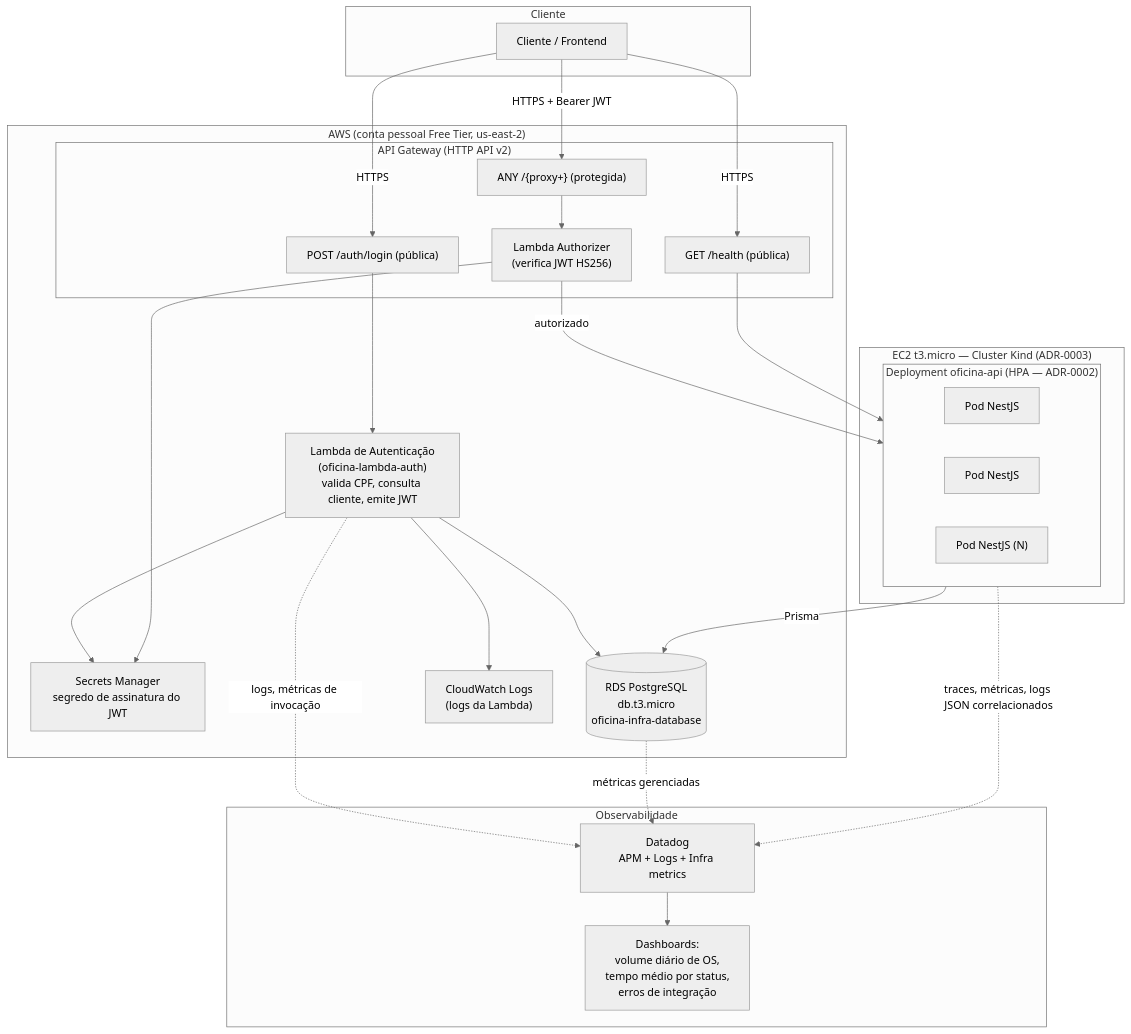
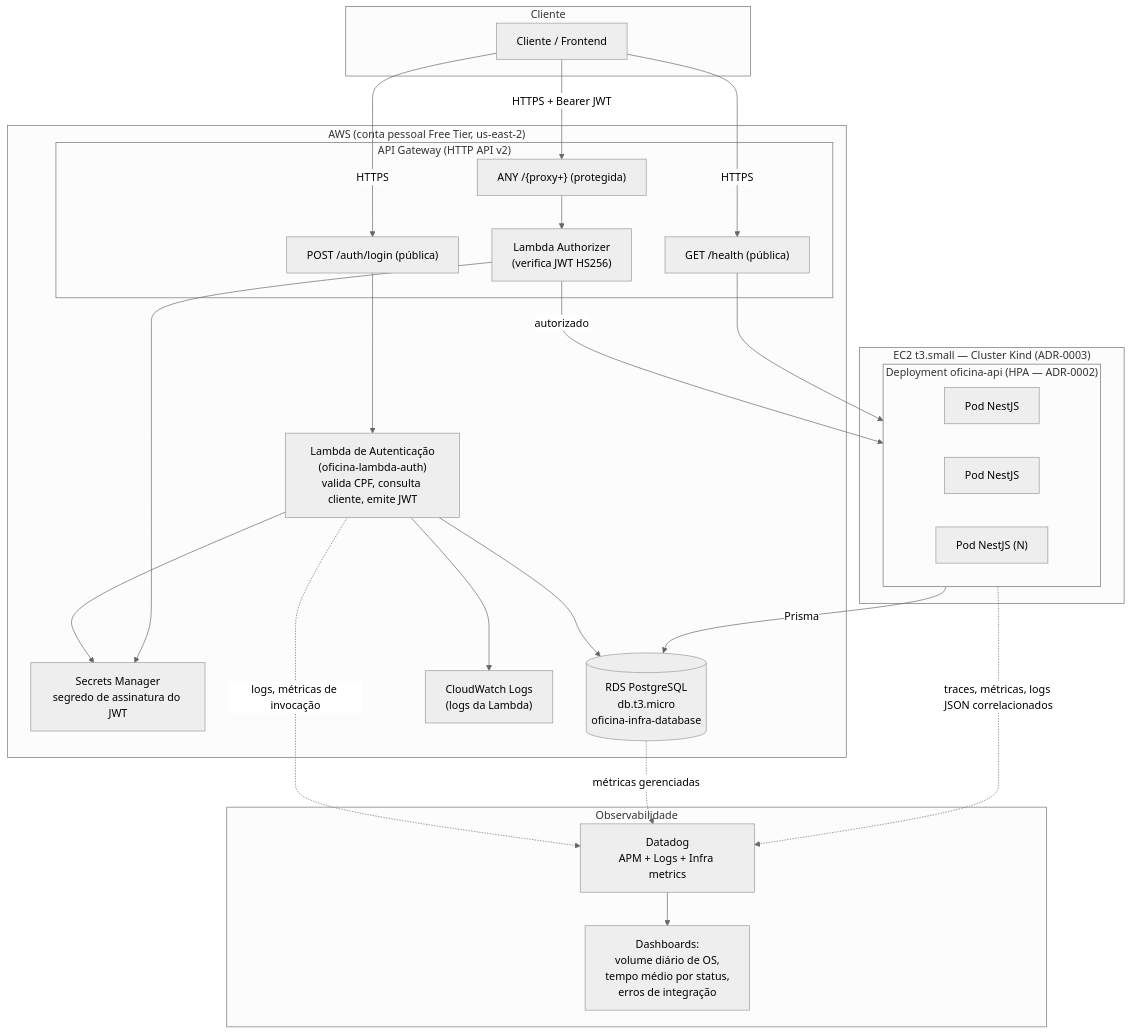
One commit to Williamnasci/oficina-api changed the diagram in docs/architecture-components.md. Above: the diagram before and after it, drawn with Mermaid (neutral theme). The commit also changed other lines of this file and 4 other files, not shown here.

````diff
--- a/docs/architecture-components.md
+++ b/docs/architecture-components.md
@@ -5,57 +5,57 @@
 ```mermaid
 graph TB
     subgraph Cliente
         C[Cliente / Frontend]
     end
 
     subgraph AWS["AWS (conta pessoal Free Tier, us-east-2)"]
         subgraph GW["API Gateway (HTTP API v2)"]
             R1["POST /auth/login (pública)"]
             R2["GET /health (pública)"]
             R3["ANY /{proxy+} (protegida)"]
             AZ["Lambda Authorizer<br/>(verifica JWT HS256)"]
         end
 
         L["Lambda de Autenticação<br/>(oficina-lambda-auth)<br/>valida CPF, consulta cliente, emite JWT"]
 
         SM["Secrets Manager<br/>segredo de assinatura do JWT"]
 
         RDS[("RDS PostgreSQL<br/>db.t3.micro<br/>oficina-infra-database")]
 
         CW["CloudWatch Logs<br/>(logs da Lambda)"]
     end
 
-    subgraph K8S["EC2 t3.micro — Cluster Kind (ADR-0003)"]
+    subgraph K8S["EC2 t3.small — Cluster Kind (ADR-0003)"]
         subgraph Deploy["Deployment oficina-api (HPA — ADR-0002)"]
             P1[Pod NestJS]
             P2[Pod NestJS]
             PN["Pod NestJS (N)"]
         end
     end
 
     subgraph OBS["Observabilidade"]
         DD["Datadog<br/>APM + Logs + Infra metrics"]
         DASH["Dashboards:<br/>volume diário de OS,<br/>tempo médio por status,<br/>erros de integração"]
     end
 
     C -->|HTTPS| R1
     C -->|HTTPS| R2
     C -->|HTTPS + Bearer JWT| R3
 
     R1 --> L
     L --> RDS
     L --> SM
     L --> CW
 
     R3 --> AZ
     AZ --> SM
     AZ -->|autorizado| Deploy
     R2 --> Deploy
 
     Deploy -->|Prisma| RDS
 
     Deploy -.->|traces, métricas, logs JSON correlacionados| DD
     L -.->|logs, métricas de invocação| DD
     RDS -.->|métricas gerenciadas| DD
     DD --> DASH
 ```
````
